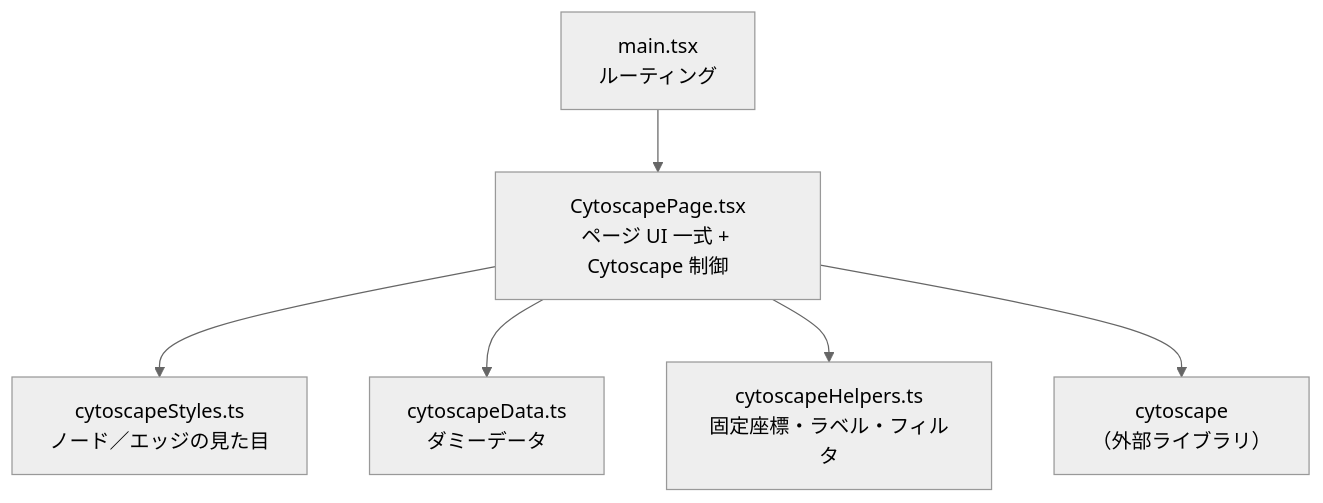
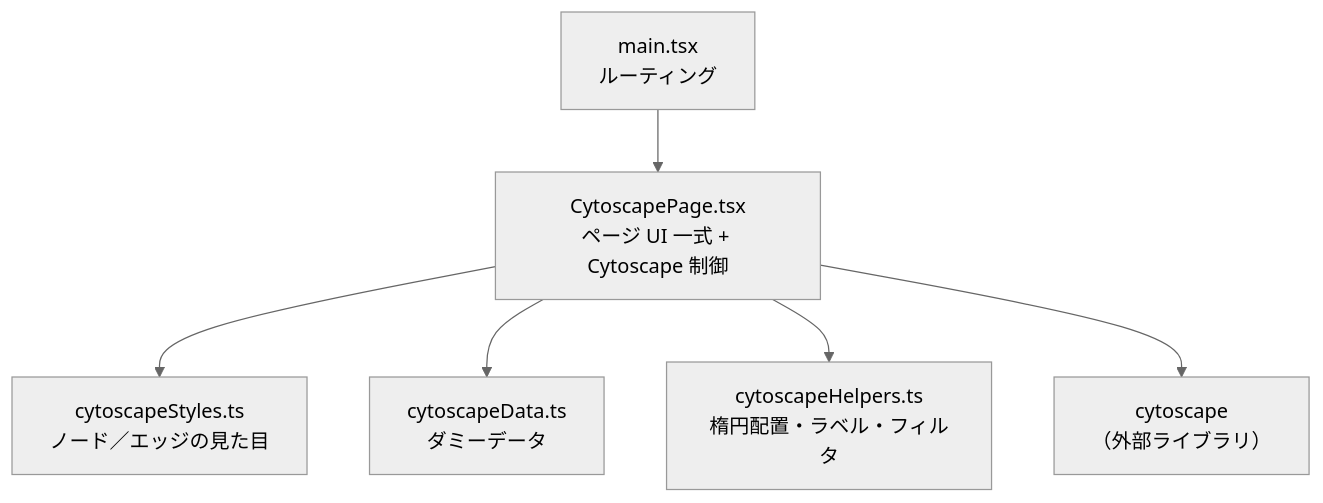
Before and after one commit to xpendev/graphtest: the first of 2 diagrams in docs/component-cytoscape.md, drawn with Mermaid (neutral theme). The commit also changed other lines of this file and 27 other files, not shown here.

````diff
--- a/docs/component-cytoscape.md
+++ b/docs/component-cytoscape.md
@@ -11,15 +11,15 @@
 ```mermaid
 flowchart TB
   main["main.tsx<br/>ルーティング"]
   page["CytoscapePage.tsx<br/>ページ UI 一式 + Cytoscape 制御"]
   styles["cytoscapeStyles.ts<br/>ノード／エッジの見た目"]
   data["cytoscapeData.ts<br/>ダミーデータ"]
-  helpers["cytoscapeHelpers.ts<br/>固定座標・ラベル・フィルタ"]
+  helpers["cytoscapeHelpers.ts<br/>楕円配置・ラベル・フィルタ"]
   lib["cytoscape<br/>（外部ライブラリ）"]
 
   main --> page
   page --> styles
   page --> data
   page --> helpers
   page --> lib
 ```
````
